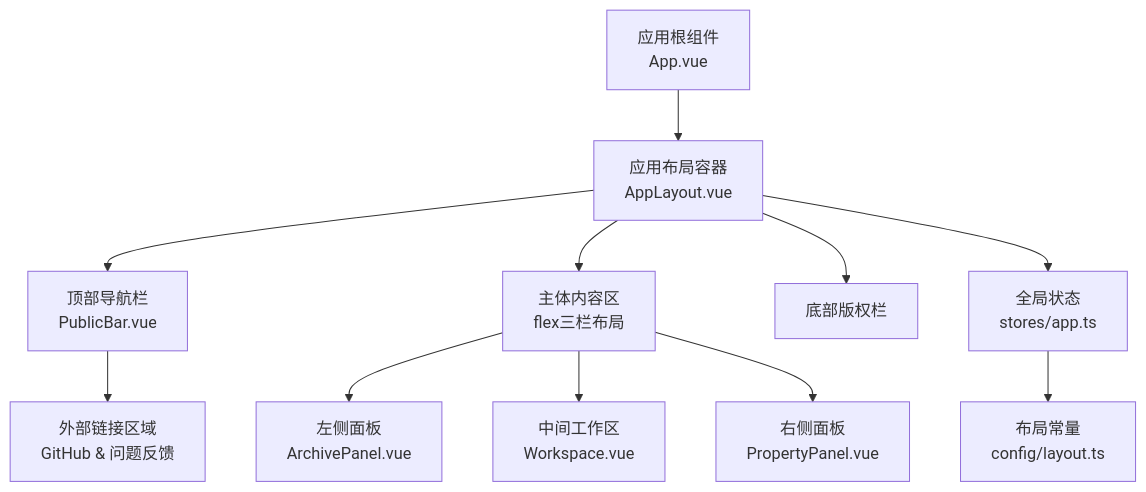
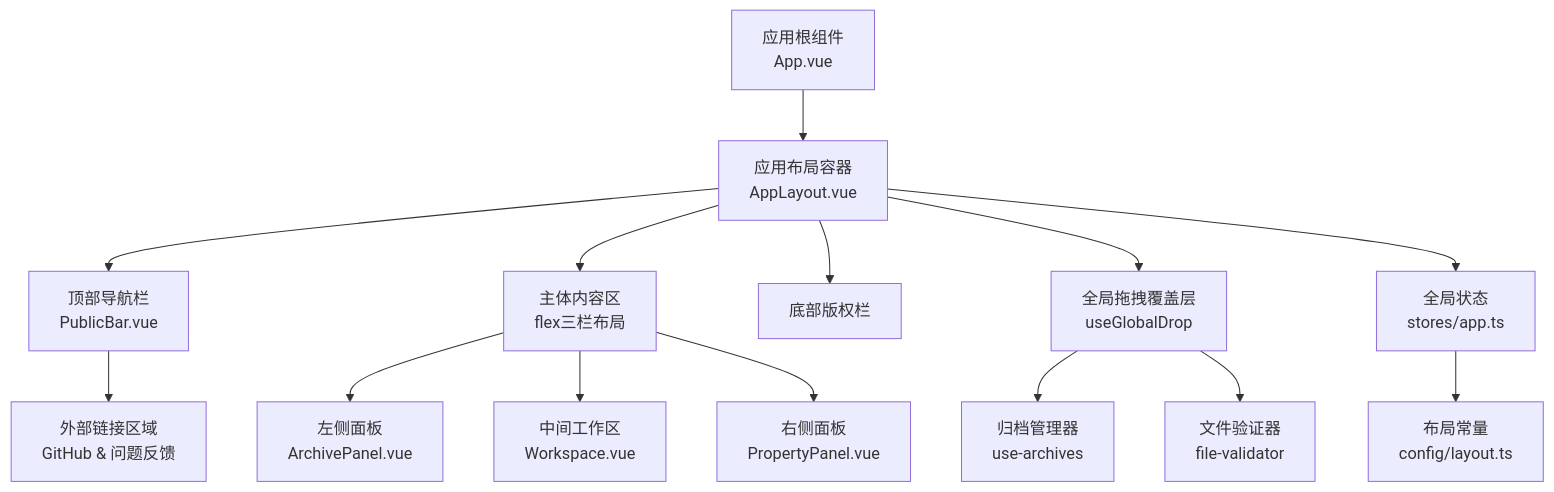
Before and after one commit to taoweidong/Hello-Tauri: the first of 6 diagrams in .qoder/repowiki/zh/content/用户界面/布局系统.md, drawn with Mermaid. The commit also changed other lines of this file and 72 other files, not shown here.

````diff
--- a/.qoder/repowiki/zh/content/用户界面/布局系统.md
+++ b/.qoder/repowiki/zh/content/用户界面/布局系统.md
@@ -54,13 +58,16 @@
 ```mermaid
 graph TB
 App["应用根组件<br/>App.vue"] --> Layout["应用布局容器<br/>AppLayout.vue"]
 Layout --> Header["顶部导航栏<br/>PublicBar.vue"]
 Header --> ExternalLinks["外部链接区域<br/>GitHub & 问题反馈"]
 Layout --> Body["主体内容区<br/>flex三栏布局"]
 Body --> Left["左侧面板<br/>ArchivePanel.vue"]
 Body --> Center["中间工作区<br/>Workspace.vue"]
 Body --> Right["右侧面板<br/>PropertyPanel.vue"]
 Layout --> Footer["底部版权栏"]
+Layout --> DropOverlay["全局拖拽覆盖层<br/>useGlobalDrop"]
 Layout --> Store["全局状态<br/>stores/app.ts"]
 Store --> Config["布局常量<br/>config/layout.ts"]
+DropOverlay --> ArchiveManager["归档管理器<br/>use-archives"]
+DropOverlay --> FileValidator["文件验证器<br/>file-validator"]
 ```
````
